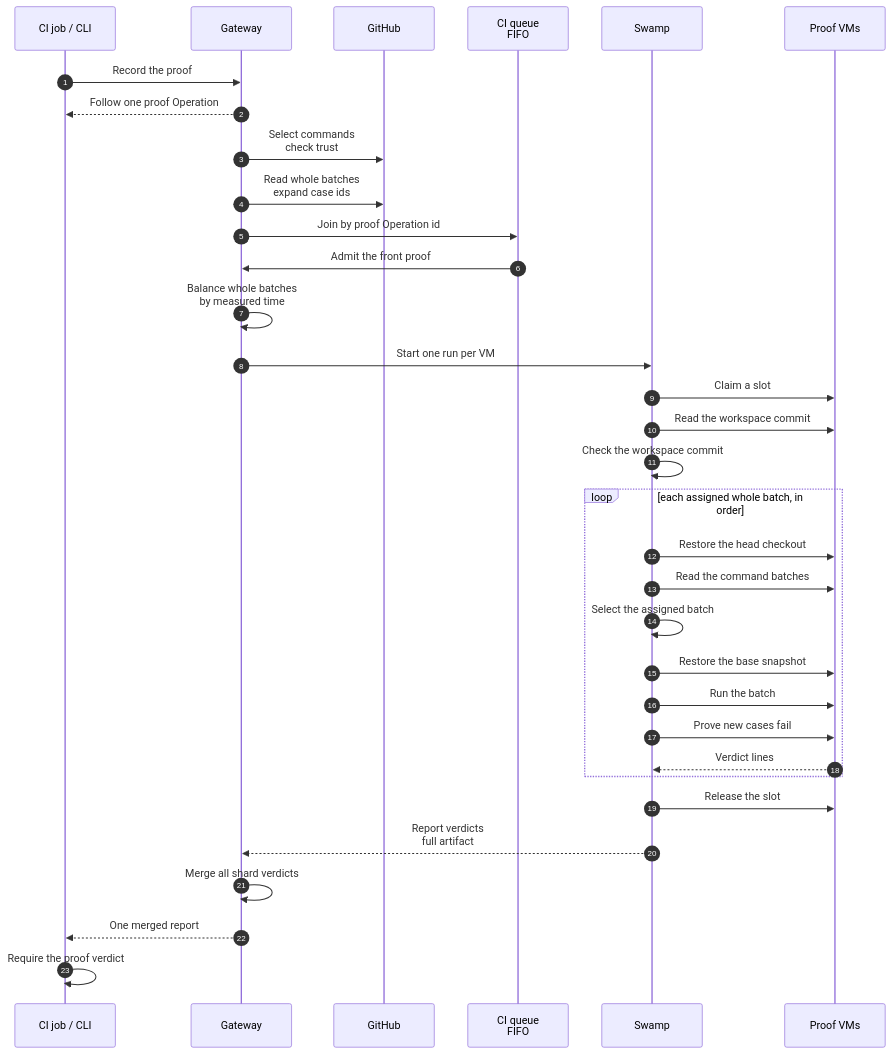
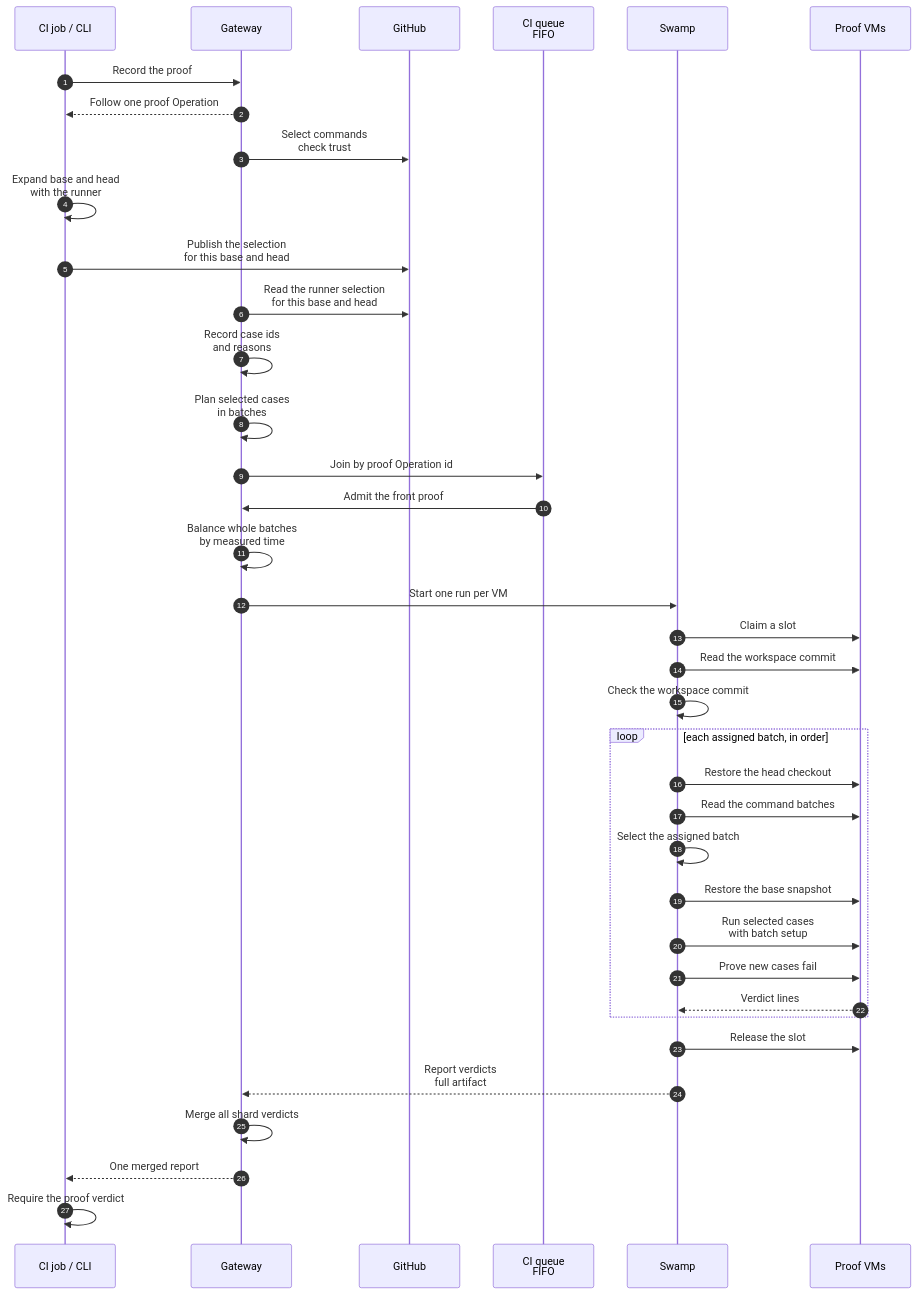
One commit to hardimpactdev/orbit changed the diagram in docs/cli/proof/run.mmd. Above: the diagram before and after it, drawn with Mermaid. The commit also changed 29 other files, not shown here.

First line of the commit message:
Select proof cases from runner-expanded definitions (#3259)

```diff
--- a/docs/cli/proof/run.mmd
+++ b/docs/cli/proof/run.mmd
@@ -1,49 +1,57 @@
 sequenceDiagram
   %% status: reviewed
   %% command: proof:run
   %% kind: proof.run
   autonumber
   participant CLI as CI job / CLI
   participant GW as Gateway
   participant GH as GitHub
   participant Q as CI queue<br/>FIFO
   participant SW as Swamp
   participant VM as Proof VMs
   CLI->>GW: Record the proof
   %%> Record commit, authenticated caller and options, then queue admission. Only an active authenticated ci-runner Node uses the CI pool. Operator proofs join task admission.
   GW-->>CLI: Follow one proof Operation
   GW->>GH: Select commands<br/>check trust
   %%> Read the trusted commit, selection list and cases. A fork needs approval of this head and run-proofs. No selected command succeeds without a VM.
-  GW->>GH: Read whole batches<br/>expand case ids
-  %%> Read the selected YAML at the commit. Empty or malformed selected cases fail. Sum measured case seconds from prior reports; unseen cases use the measured median, or one second with no history.
+  CLI->>CLI: Expand base and head<br/>with the runner
+  %%> The runner validates and expands fixtures, list vars, variants and batch setup. Compare its canonical per-case definitions by id. Command code changes select the whole file. Runner, selection code or selection list changes disable narrowing for every selected command. Tooling alone selects no commands. Unknown fixture keys and any planning doubt select the whole file.
+  CLI->>GH: Publish the selection<br/>for this base and head
+  %%> CI consumes this same result and uploads proof-selection.json before proof admission. Include every considered file, even when it selects zero cases.
+  GW->>GH: Read the runner selection<br/>for this base and head
+  %%> Accept only the exact version, head, merge base and cases file. Missing, expired, malformed or mismatched results select the whole file. The Gateway does not compare YAML definitions.
+  GW->>GW: Record case ids<br/>and reasons
+  %%> Select added and changed cases and their variants, and users whose expanded dependencies changed. Deleted cases select nothing. Report changed, added, uses changed fixture, uses changed var, batch setup changed, command code changed or proof tooling changed. A verified zero-case selection succeeds without a VM.
+  GW->>GW: Plan selected cases<br/>in batches
+  %%> Expand selected variant ids only. Sum measured case seconds from prior reports; unseen cases use the measured median, or one second with no history.
   GW->>Q: Join by proof Operation id
   %%> Earlier open CI proofs without admitted runs block later proofs, including while selection is being read. Cancellation, failure and no selection remove a proof from admission.
   Q->>GW: Admit the front proof
   %%> Under the admission lock, take every currently free usable CI place, at least one and at most the batch count. A full pool or stale base waits, up to two hours, then fails clearly. Never refuse capacity or skip green.
   GW->>GW: Balance whole batches<br/>by measured time
-  %%> Longest measured batch first; assign each to the least loaded VM. A batch never splits. Record expected cases and all shard operations atomically.
+  %%> Longest measured batch first; assign each to the least loaded VM. Selected cases of a batch stay together. Record expected cases and all shard operations atomically.
   GW->>SW: Start one run per VM
   SW->>VM: Claim a slot
   %%> Fresh VM from the host base at the trusted commit. No CI keep-failed option.
   SW->>VM: Read the workspace commit
   SW->>SW: Check the workspace commit
-  loop each assigned whole batch, in order
+  loop each assigned batch, in order
     SW->>VM: Restore the head checkout
     %%> A prior new-case proof may have switched to the merge base. Restore the admitted head before planning the next batch.
     SW->>VM: Read the command batches
     SW->>SW: Select the assigned batch
     SW->>VM: Restore the base snapshot
-    SW->>VM: Run the batch
+    SW->>VM: Run selected cases<br/>with batch setup
     SW->>VM: Prove new cases fail
     VM-->>SW: Verdict lines
   end
   SW->>VM: Release the slot
   %%> Delete after every outcome. Failed or missing cleanup schedules normal group cancellation. A live or releasing VM holds its place until confirmed deletion.
   SW-->>GW: Report verdicts<br/>full artifact
   %%> Capture the full report, not its 4 KiB history tail. Identify command and file on each line. Missing, duplicate or unexpected case verdicts fail the shard; a missing expected case is unrun.
   GW->>GW: Merge all shard verdicts
   %%> Wait for every admitted child, require every expected case and every selected command, and close one proof result. Failed, cancelled, unrun and missing verdicts fail.
   GW-->>CLI: One merged report
   CLI->>CLI: Require the proof verdict
   %%> The proof job is in Required checks. A selected command with a failed case or no verdict fails. No selected command passes. Capacity is only a bounded wait, never a successful no-case result.
   %%> A fork uses the outside proof's status on this exact head. A missing, pending or failed status fails Required checks; rerun the failed Required job after the approved outside proof succeeds.
```
